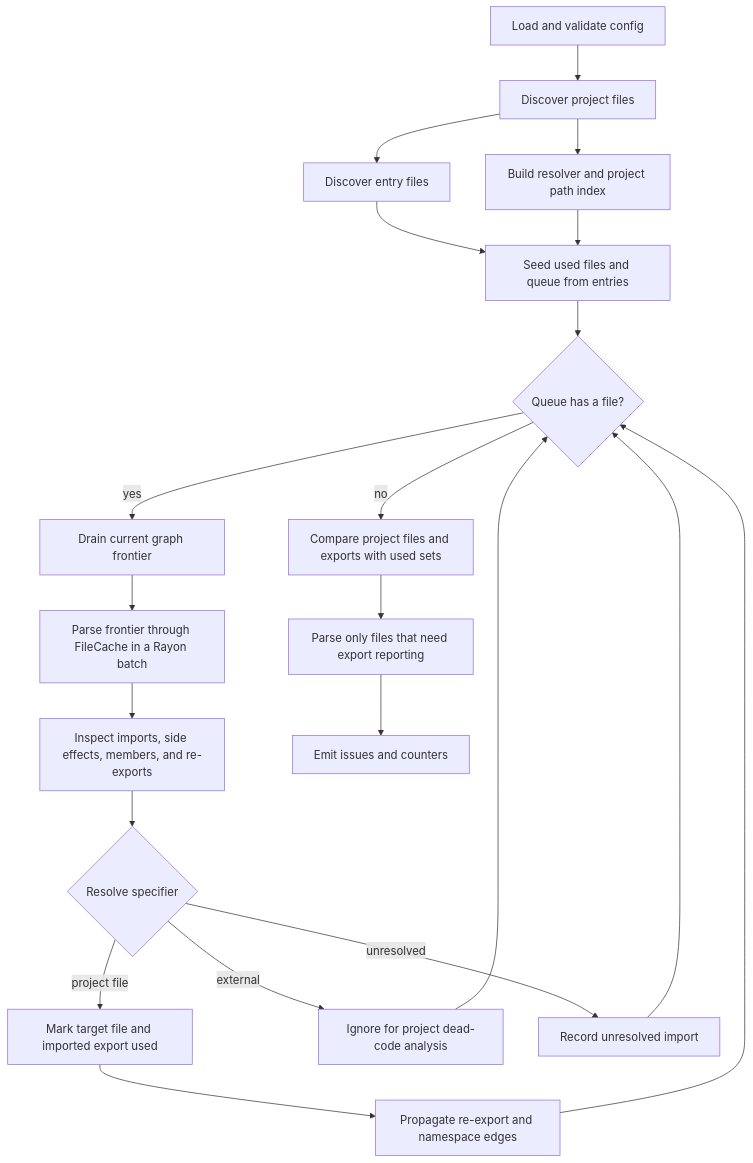
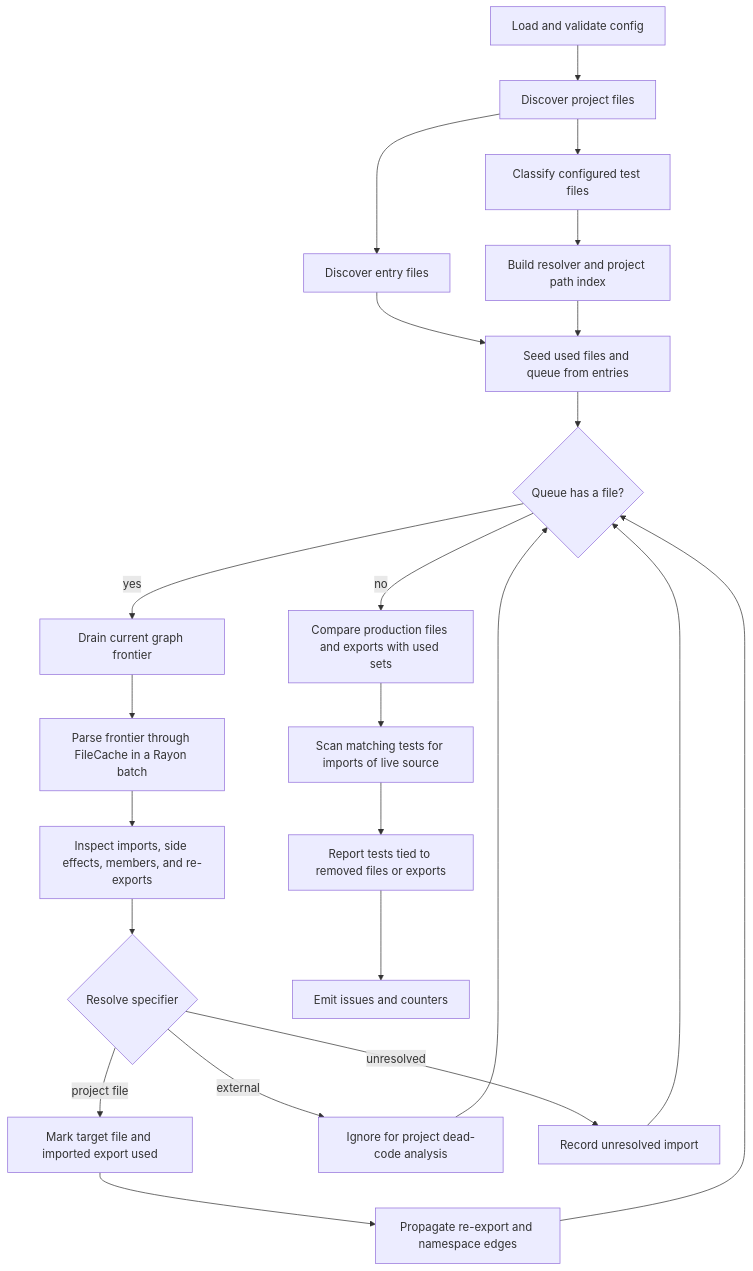
One commit to perplexityai/codescythe changed the first of 2 diagrams in ARCHITECTURE.md. Above: the diagram before and after it, drawn with Mermaid. The commit also changed other lines of this file and 8 other files, not shown here.

First line of the commit message:
Handle test helpers imported by live tests (#34)

````diff
--- a/ARCHITECTURE.md
+++ b/ARCHITECTURE.md
@@ -19,23 +19,25 @@
 ```mermaid
 flowchart TD
     A["Load and validate config"] --> B["Discover project files"]
     B --> C["Discover entry files"]
-    B --> D["Build resolver and project path index"]
+    B --> T["Classify configured test files"]
+    T --> D["Build resolver and project path index"]
     C --> F["Seed used files and queue from entries"]
     D --> F
     F --> G{"Queue has a file?"}
     G -->|yes| P["Drain current graph frontier"]
     P --> R["Parse frontier through FileCache in a Rayon batch"]
     R --> H["Inspect imports, side effects, members, and re-exports"]
     H --> I{"Resolve specifier"}
     I -->|project file| J["Mark target file and imported export used"]
     I -->|external| K["Ignore for project dead-code analysis"]
     I -->|unresolved| L["Record unresolved import"]
     J --> M["Propagate re-export and namespace edges"]
     K --> G
     L --> G
     M --> G
-    G -->|no| N["Compare project files and exports with used sets"]
-    N --> Q["Parse only files that need export reporting"]
+    G -->|no| N["Compare production files and exports with used sets"]
+    N --> U["Scan matching tests for imports of live source"]
+    U --> Q["Report tests tied to removed files or exports"]
     Q --> O["Emit issues and counters"]
 ```
````
